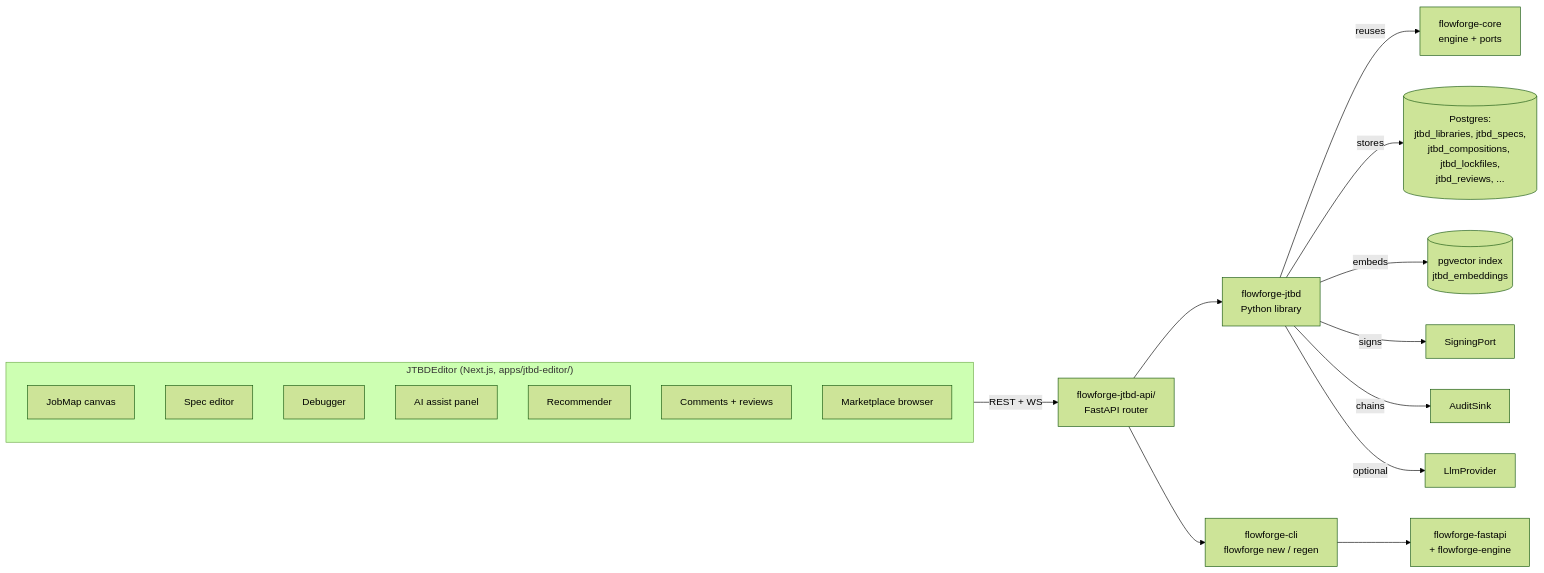
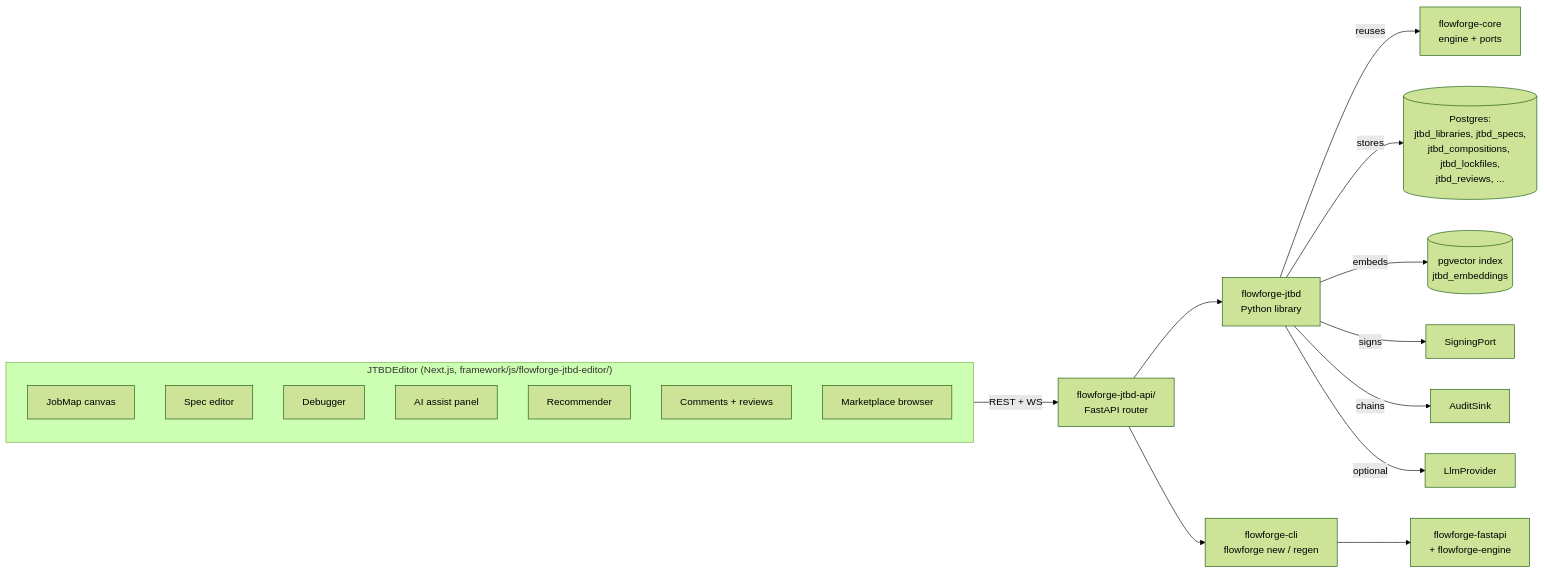
One commit to nyimbi/flowforge changed the first of 13 diagrams in docs/jtbd-editor-arch.md. Above: the diagram before and after it, drawn with Mermaid (forest theme). The commit also changed other lines of this file and 363 other files, not shown here.

````diff
--- a/docs/jtbd-editor-arch.md
+++ b/docs/jtbd-editor-arch.md
@@ -15,22 +15,22 @@
 ```mermaid
 flowchart LR
-  subgraph Editor["JTBDEditor (Next.js, apps/jtbd-editor/)"]
+  subgraph Editor["JTBDEditor (Next.js, framework/js/flowforge-jtbd-editor/)"]
     JM[JobMap canvas]
     SE[Spec editor]
     DBG[Debugger]
     AI[AI assist panel]
     REC[Recommender]
     COMP[Comments + reviews]
     HUB[Marketplace browser]
   end
   Editor -->|REST + WS| API[flowforge-jtbd-api/<br/>FastAPI router]
   API --> CORE[flowforge-jtbd<br/>Python library]
   CORE -->|reuses| FF[flowforge-core<br/>engine + ports]
   CORE -->|stores| DB[(Postgres:<br/>jtbd_libraries, jtbd_specs,<br/>jtbd_compositions, jtbd_lockfiles,<br/>jtbd_reviews, ...)]
   CORE -->|embeds| VEC[(pgvector index<br/>jtbd_embeddings)]
   CORE -->|signs| KMS[SigningPort]
   CORE -->|chains| AUDIT[AuditSink]
   CORE -->|optional| LLM[LlmProvider]
   API --> Generator[flowforge-cli<br/>flowforge new / regen]
   Generator --> Runtime[flowforge-fastapi<br/>+ flowforge-engine]
 ```
````
